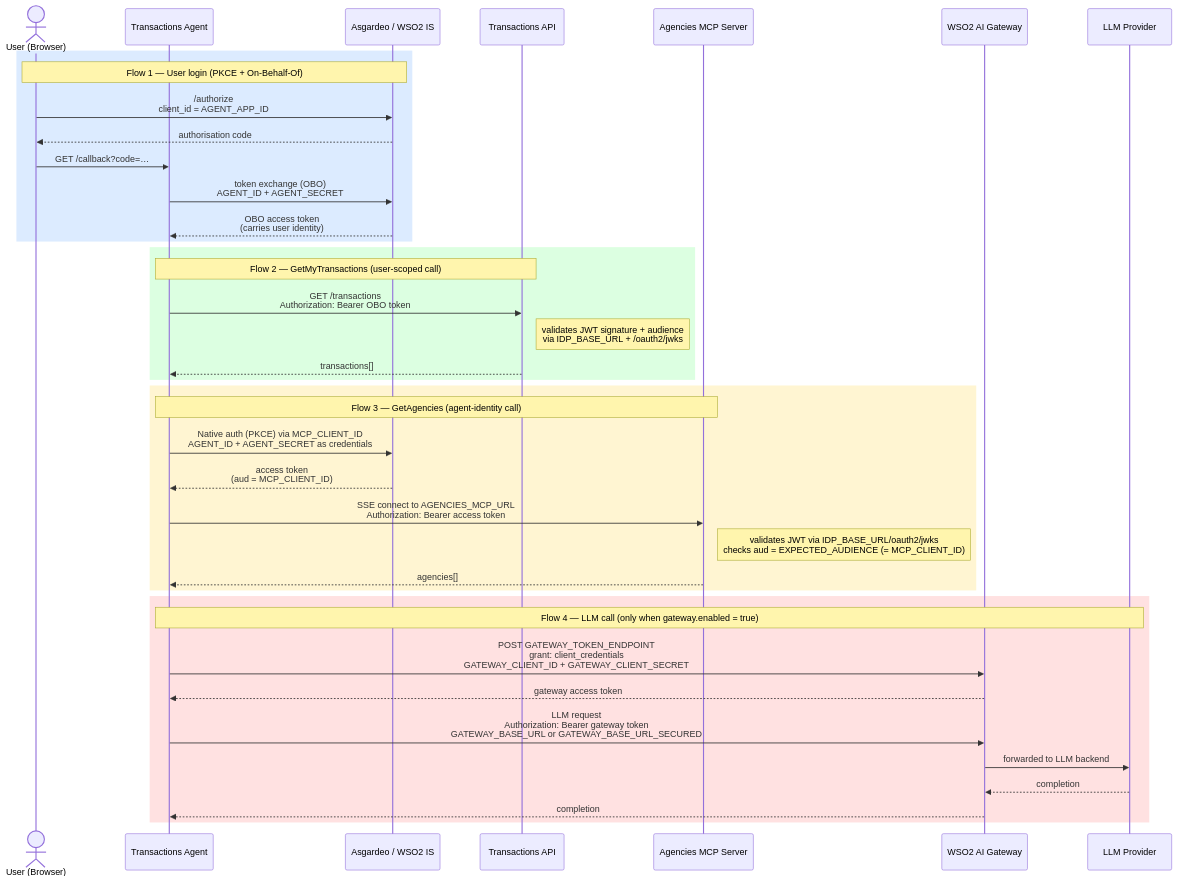
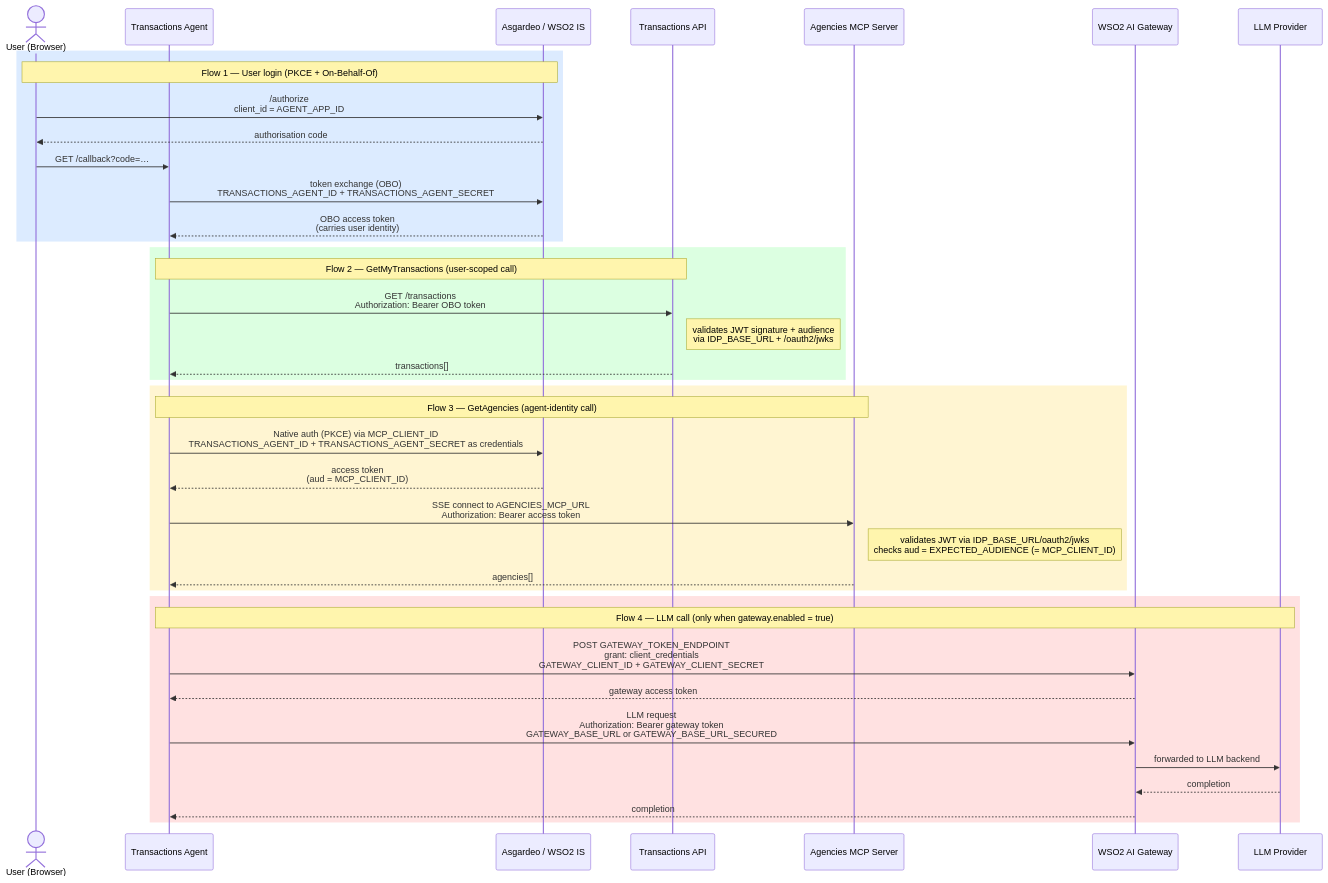
One commit to kalaiyarasiganeshalingam/bank-of-asgard changed the diagram in docs/transactions-agent-setup.md. Above: the diagram before and after it, drawn with Mermaid. The commit also changed other lines of this file and 37 other files, not shown here.

Commit message:
Financial Health (sub)agents + token flow viewer

````diff
--- a/docs/transactions-agent-setup.md
+++ b/docs/transactions-agent-setup.md
@@ -102,45 +102,45 @@
 ```mermaid
 sequenceDiagram
     actor User as User (Browser)
     participant Agent as Transactions Agent
     participant IDP as Asgardeo / WSO2 IS
     participant TAPI as Transactions API
     participant MCP as Agencies MCP Server
     participant GW as WSO2 AI Gateway
     participant LLM as LLM Provider
 
     rect rgb(220,235,255)
         Note over User,IDP: Flow 1 — User login (PKCE + On-Behalf-Of)
         User->>IDP: /authorize<br/>client_id = AGENT_APP_ID
         IDP-->>User: authorisation code
         User->>Agent: GET /callback?code=…
-        Agent->>IDP: token exchange (OBO)<br/>AGENT_ID + AGENT_SECRET
+        Agent->>IDP: token exchange (OBO)<br/>TRANSACTIONS_AGENT_ID + TRANSACTIONS_AGENT_SECRET
         IDP-->>Agent: OBO access token<br/>(carries user identity)
     end
 
     rect rgb(220,255,225)
         Note over Agent,TAPI: Flow 2 — GetMyTransactions (user-scoped call)
         Agent->>TAPI: GET /transactions<br/>Authorization: Bearer OBO token
         Note right of TAPI: validates JWT signature + audience<br/>via IDP_BASE_URL + /oauth2/jwks
         TAPI-->>Agent: transactions[]
     end
 
     rect rgb(255,245,210)
         Note over Agent,MCP: Flow 3 — GetAgencies (agent-identity call)
-        Agent->>IDP: Native auth (PKCE) via MCP_CLIENT_ID<br/>AGENT_ID + AGENT_SECRET as credentials
+        Agent->>IDP: Native auth (PKCE) via MCP_CLIENT_ID<br/>TRANSACTIONS_AGENT_ID + TRANSACTIONS_AGENT_SECRET as credentials
         IDP-->>Agent: access token<br/>(aud = MCP_CLIENT_ID)
         Agent->>MCP: SSE connect to AGENCIES_MCP_URL<br/>Authorization: Bearer access token
         Note right of MCP: validates JWT via IDP_BASE_URL/oauth2/jwks<br/>checks aud = EXPECTED_AUDIENCE (= MCP_CLIENT_ID)
         MCP-->>Agent: agencies[]
     end
 
     rect rgb(255,225,225)
         Note over Agent,LLM: Flow 4 — LLM call (only when gateway.enabled = true)
         Agent->>GW: POST GATEWAY_TOKEN_ENDPOINT<br/>grant: client_credentials<br/>GATEWAY_CLIENT_ID + GATEWAY_CLIENT_SECRET
         GW-->>Agent: gateway access token
         Agent->>GW: LLM request<br/>Authorization: Bearer gateway token<br/>GATEWAY_BASE_URL or GATEWAY_BASE_URL_SECURED
         GW->>LLM: forwarded to LLM backend
         LLM-->>GW: completion
         GW-->>Agent: completion
     end
 ```
````
